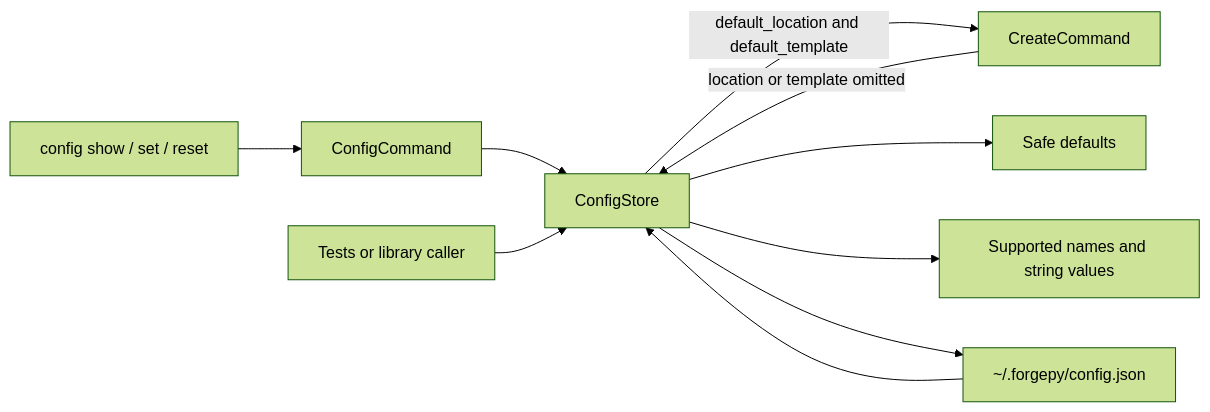
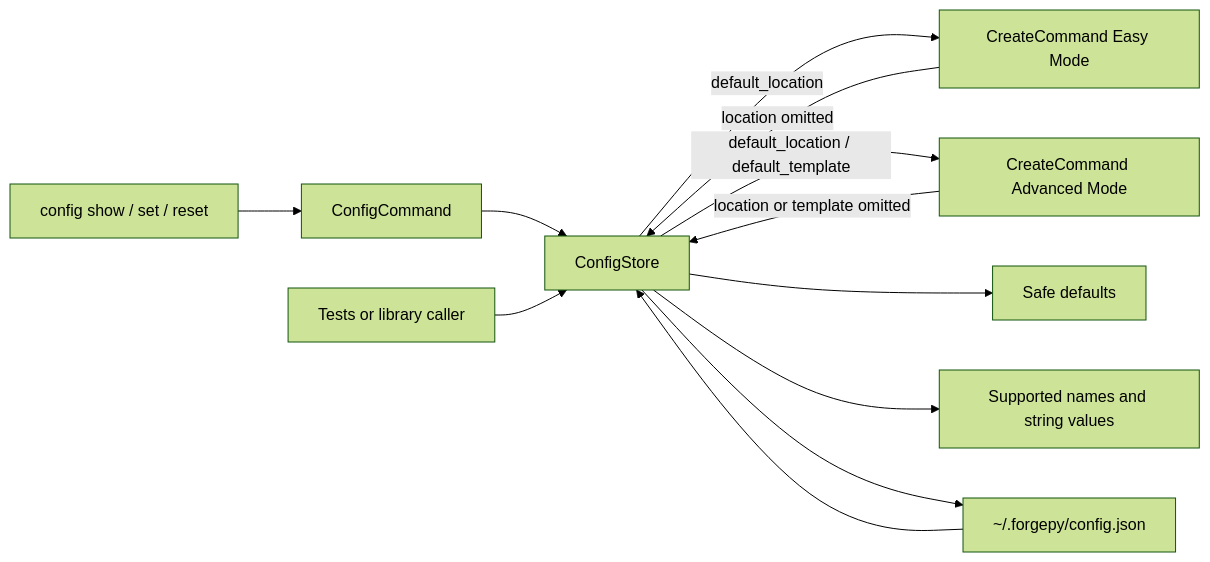
One commit to rzou89/ForgePy changed the first of 4 diagrams in ARCHITECTURE.md. Above: the diagram before and after it, drawn with Mermaid (forest theme). The commit also changed other lines of this file and 5 other files, not shown here.

````diff
--- a/ARCHITECTURE.md
+++ b/ARCHITECTURE.md
@@ -179,12 +179,17 @@
 ```mermaid
 flowchart LR
     CLI[config show / set / reset] --> Command[ConfigCommand]
     Command --> Store[ConfigStore]
-    Create[CreateCommand] -->|location or template omitted| Store
-    Store -->|default_location and default_template| Create
+
+    Easy[CreateCommand Easy Mode] -->|location omitted| Store
+    Store -->|default_location| Easy
+
+    Advanced[CreateCommand Advanced Mode] -->|location or template omitted| Store
+    Store -->|default_location / default_template| Advanced
+
     Caller[Tests or library caller] --> Store
     Store --> Defaults[Safe defaults]
     Store --> Validation[Supported names and string values]
     Store --> File[~/.forgepy/config.json]
     File --> Store
 ```
````
